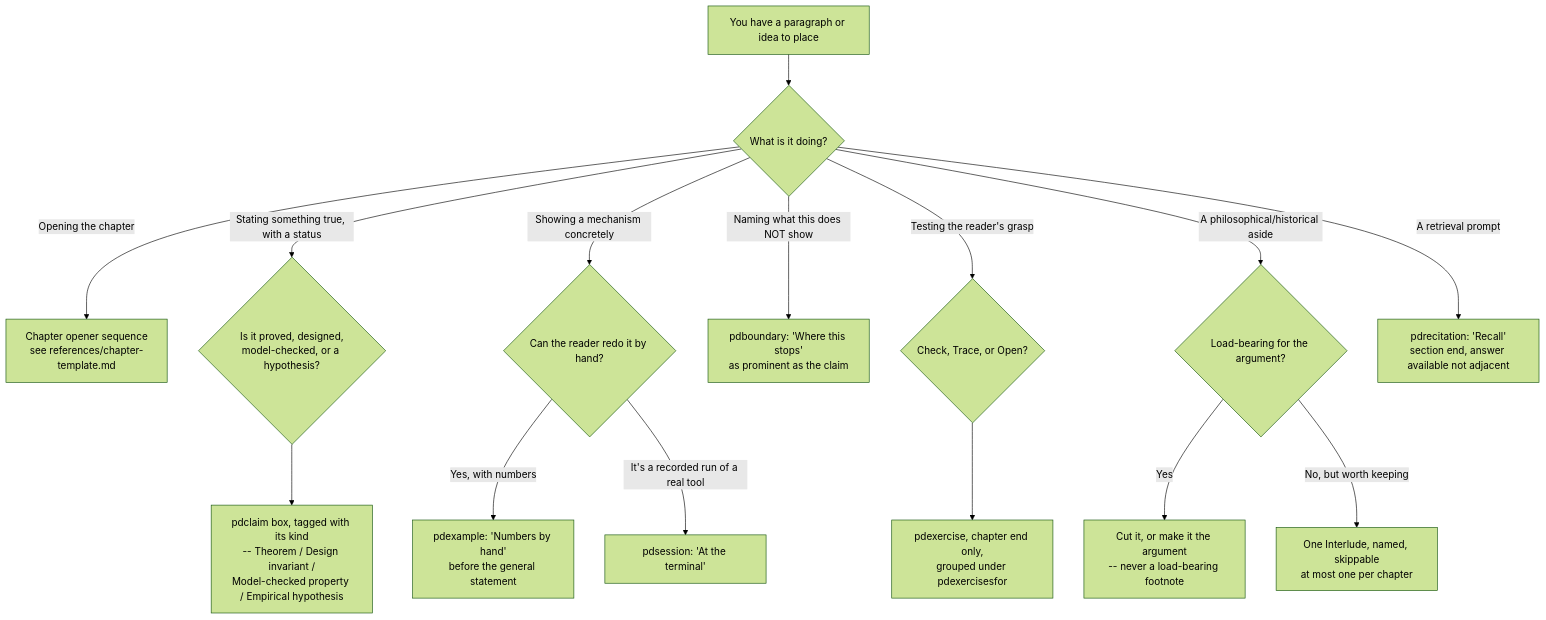
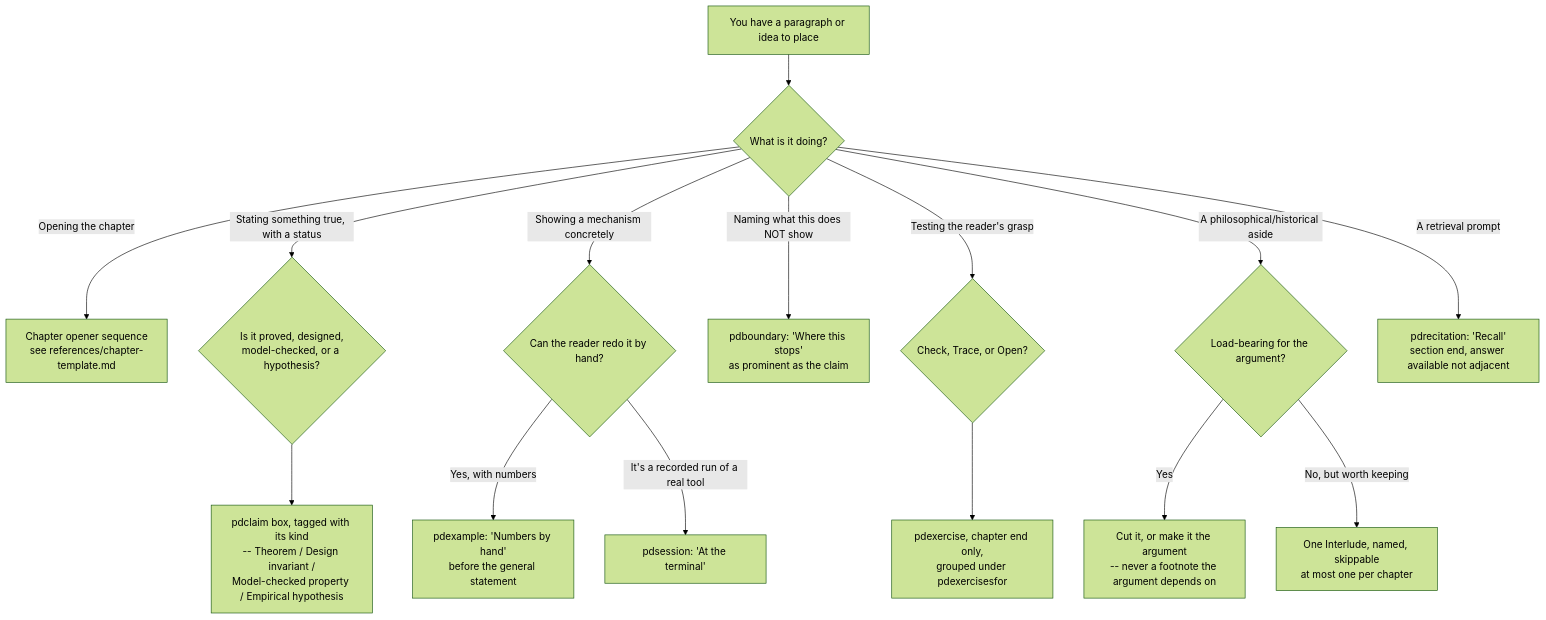
The diagram in skills/textbook-craft/SKILL.md (curiositech/port-daddy), drawn with Mermaid (forest theme) before and after one commit.

Commit message:
docs(textbook-craft): reword the footnote branch of the decision tree
Claude-Session: https://claude.ai/code/session_01Drw763A57aLMJMPGeLC3HV

````diff
--- a/skills/textbook-craft/SKILL.md
+++ b/skills/textbook-craft/SKILL.md
@@ -69,17 +69,17 @@
 ```mermaid
 flowchart TD
   A[You have a paragraph or idea to place] --> B{What is it doing?}
   B -->|Opening the chapter| C[Chapter opener sequence\nsee references/chapter-template.md]
   B -->|Stating something true, with a status| D{Is it proved, designed,\nmodel-checked, or a hypothesis?}
   D --> E[pdclaim box, tagged with its kind\n-- Theorem / Design invariant /\nModel-checked property / Empirical hypothesis]
   B -->|Showing a mechanism concretely| F{Can the reader redo it by hand?}
   F -->|Yes, with numbers| G[pdexample: 'Numbers by hand'\nbefore the general statement]
   F -->|It's a recorded run of a real tool| H[pdsession: 'At the terminal']
   B -->|Naming what this does NOT show| I[pdboundary: 'Where this stops'\nas prominent as the claim]
   B -->|Testing the reader's grasp| J{Check, Trace, or Open?}
   J --> K[pdexercise, chapter end only,\ngrouped under pdexercisesfor]
   B -->|A philosophical/historical aside| L{Load-bearing for the argument?}
-  L -->|Yes| M[Cut it, or make it the argument\n-- never a load-bearing footnote]
+  L -->|Yes| M[Cut it, or make it the argument\n-- never a footnote the argument depends on]
   L -->|No, but worth keeping| N[One Interlude, named, skippable\nat most one per chapter]
   B -->|A retrieval prompt| O[pdrecitation: 'Recall'\nsection end, answer available not adjacent]
 ```
````
